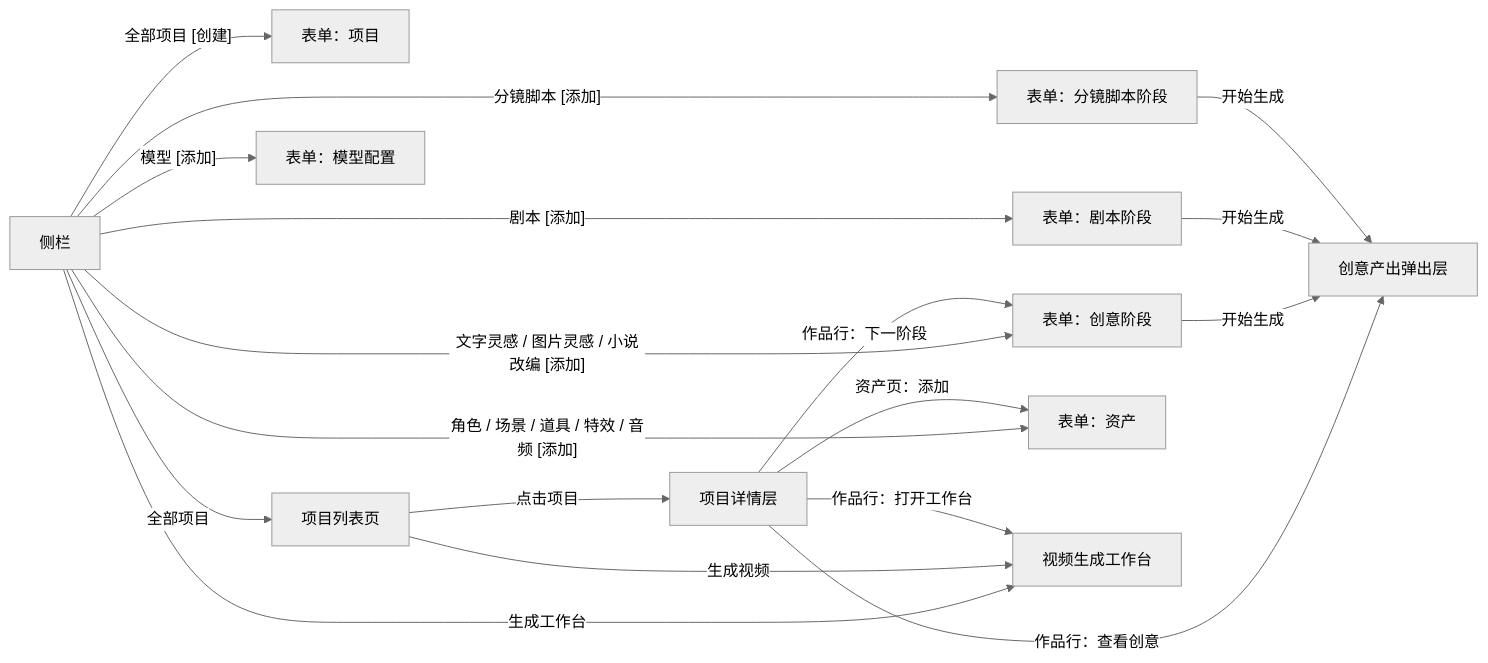
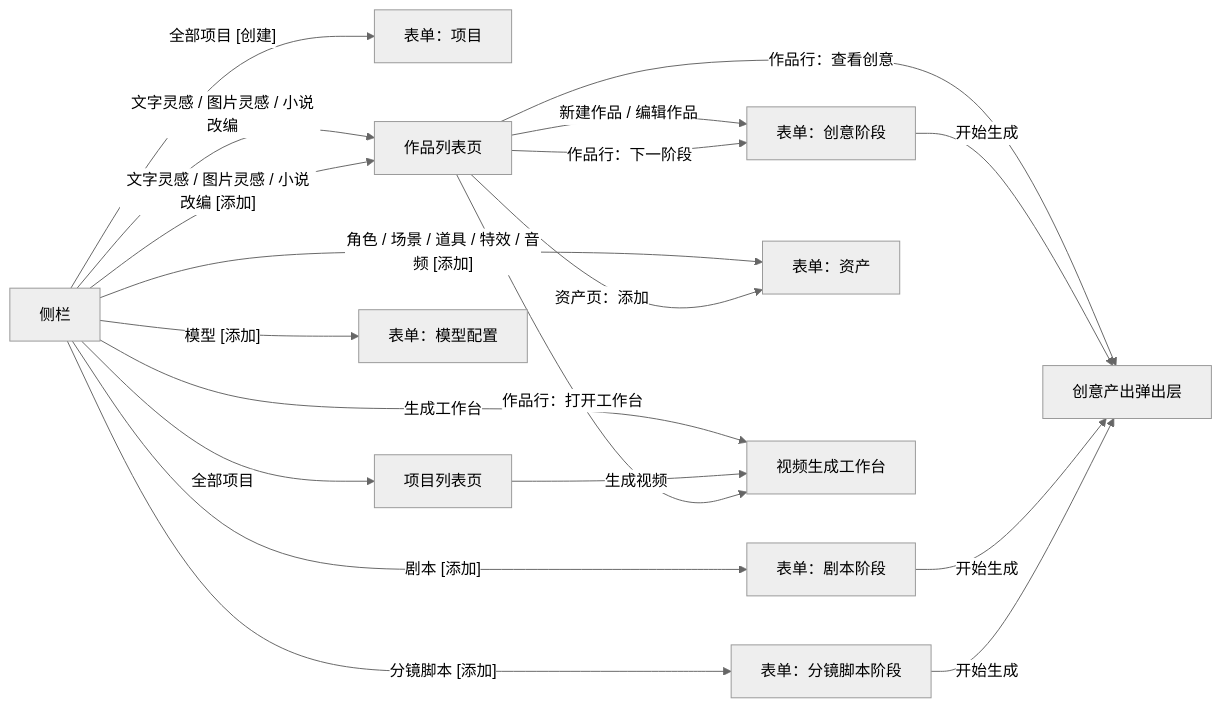
The diagram in docs/page-form-design.md (sengbin/ai-video-studio), drawn with Mermaid (neutral theme) before and after one commit. The commit also changed other lines of this file and 27 other files, not shown here.

````diff
--- a/docs/page-form-design.md
+++ b/docs/page-form-design.md
@@ -9,20 +9,21 @@
 ```mermaid
 flowchart LR
   SB["侧栏"] -->|"全部项目 [创建]"| F1["表单：项目"]
   SB -->|"全部项目"| PL["项目列表页"]
-  SB -->|"文字灵感 / 图片灵感 / 小说改编 [添加]"| F3["表单：创意阶段"]
+  SB -->|"文字灵感 / 图片灵感 / 小说改编"| PD["作品列表页"]
+  SB -->|"文字灵感 / 图片灵感 / 小说改编 [添加]"| PD
   SB -->|"剧本 [添加]"| F4["表单：剧本阶段"]
   SB -->|"分镜脚本 [添加]"| F5["表单：分镜脚本阶段"]
   SB -->|"角色 / 场景 / 道具 / 特效 / 音频 [添加]"| F6["表单：资产"]
   SB -->|"模型 [添加]"| F7["表单：模型配置"]
   SB -->|"生成工作台"| WB["视频生成工作台"]
-  PL -->|"点击项目"| PD["项目详情层"]
   PL -->|"生成视频"| WB
+  PD -->|"新建作品 / 编辑作品"| F3["表单：创意阶段"]
   PD -->|"作品行：下一阶段"| F3
   PD -->|"作品行：打开工作台"| WB
   PD -->|"资产页：添加"| F6
   PD -->|"作品行：查看创意"| RV["创意产出弹出层"]
   F3 -->|"开始生成"| RV
   F4 -->|"开始生成"| RV
   F5 -->|"开始生成"| RV
 ```
````
